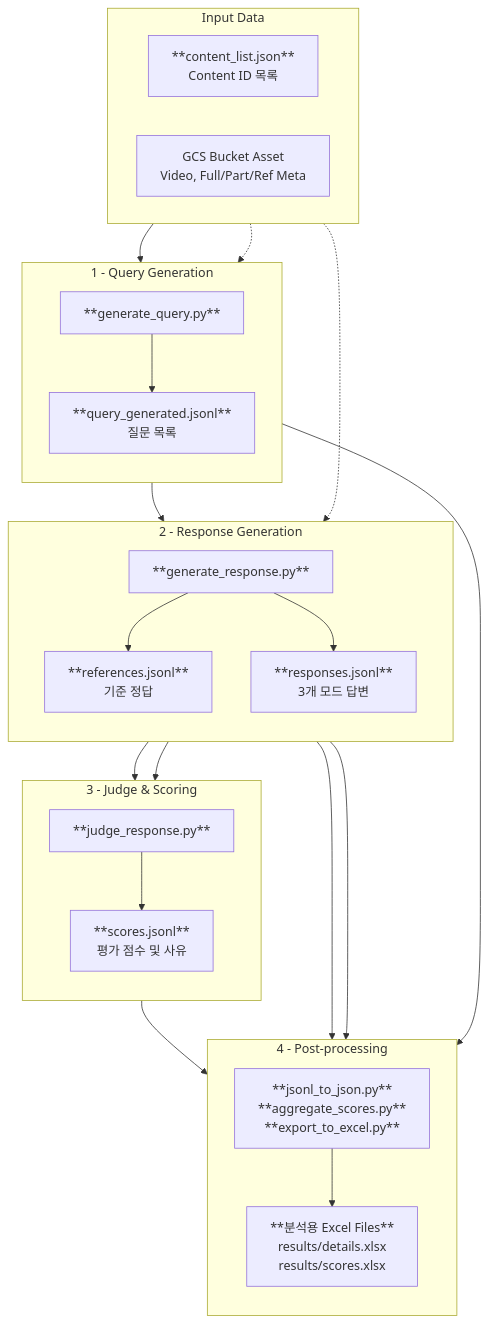
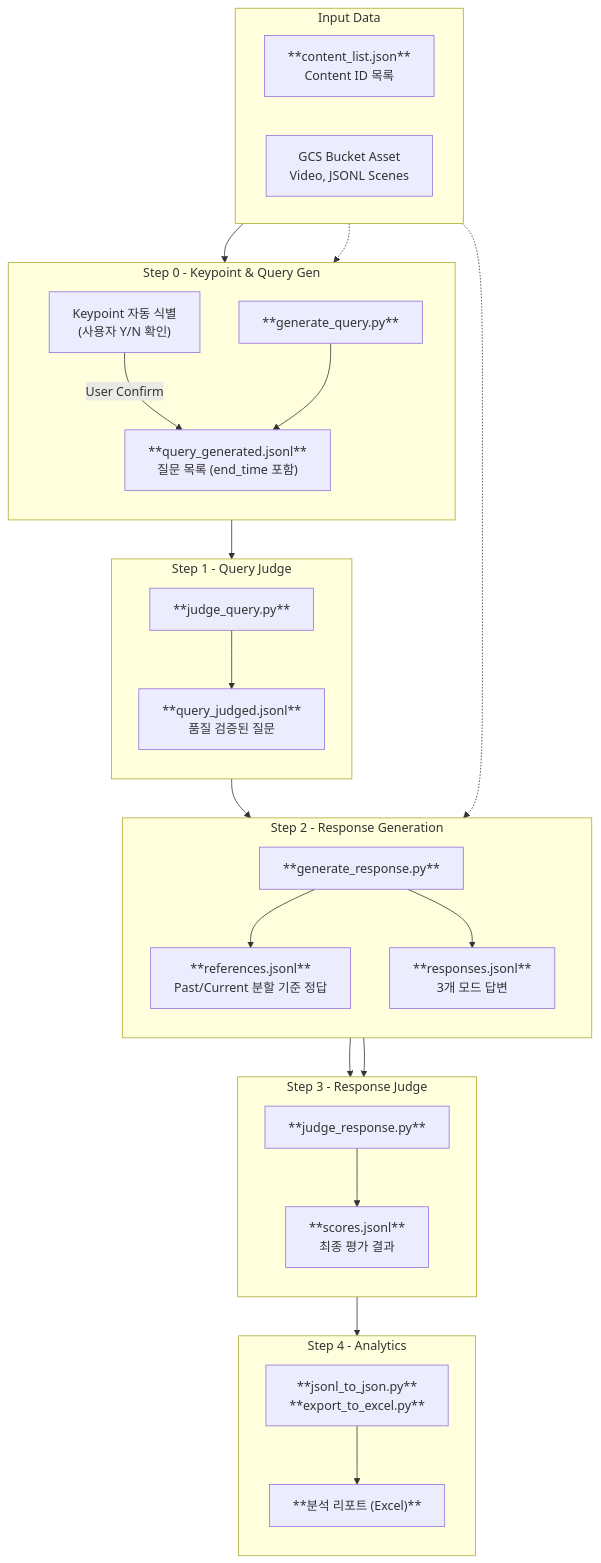
Before and after one commit to obeychoi0120/LLMJudge: the diagram in README.md, drawn with Mermaid. The commit also changed other lines of this file and 10 other files, not shown here.

````diff
--- a/README.md
+++ b/README.md
@@ -13,52 +13,60 @@
 ```mermaid
 flowchart TD
     subgraph INPUT["Input Data"]
         direction LR
         CL["**content_list.json**<br/>Content ID 목록"]
-        GCS["GCS Bucket Asset<br/>Video, Full/Part/Ref Meta"]
+        GCS["GCS Bucket Asset<br/>Video, JSONL Scenes"]
     end
 
-    subgraph STEP1["1 - Query Generation"]
+    subgraph STEP0["Step 0 - Keypoint & Query Gen"]
         direction TB
         Q_SCRIPT["**generate_query.py**"]
-        Q_OUT["**query_generated.jsonl**<br/>질문 목록"]
+        KP["Keypoint 자동 식별<br/>(사용자 Y/N 확인)"]
+        Q_OUT["**query_generated.jsonl**<br/>질문 목록 (end_time 포함)"]
+        KP --> |User Confirm| Q_OUT
     end
 
-    subgraph STEP2["2 - Response Generation"]
+    subgraph STEP1["Step 1 - Query Judge"]
+        direction TB
+        QJ_SCRIPT["**judge_query.py**"]
+        QJ_OUT["**query_judged.jsonl**<br/>품질 검증된 질문"]
+    end
+
+    subgraph STEP2["Step 2 - Response Generation"]
         direction TB
         R_SCRIPT["**generate_response.py**"]
-        R_OUT1["**references.jsonl**<br/>기준 정답"]
+        R_OUT1["**references.jsonl**<br/>Past/Current 분할 기준 정답"]
         R_OUT2["**responses.jsonl**<br/>3개 모드 답변"]
     end
 
-    subgraph STEP3["3 - Judge & Scoring"]
+    subgraph STEP3["Step 3 - Response Judge"]
         direction TB
-        J_SCRIPT["**judge_response.py**"]
-        J_OUT["**scores.jsonl**<br/>평가 점수 및 사유"]
+        RJ_SCRIPT["**judge_response.py**"]
+        RJ_OUT["**scores.jsonl**<br/>최종 평가 결과"]
     end
 
-    subgraph STEP4["4 - Post-processing"]
+    subgraph STEP4["Step 4 - Analytics"]
         direction TB
-        A_SCRIPT["**jsonl_to_json.py**<br/>**aggregate_scores.py**<br/>**export_to_excel.py**"]
-        A_OUT["**분석용 Excel Files**<br/>results/details.xlsx<br/>results/scores.xlsx"]
+        A_SCRIPT["**jsonl_to_json.py**<br/>**export_to_excel.py**"]
+        A_OUT["**분석 리포트 (Excel)**"]
     end
 
     CL --> Q_SCRIPT
     GCS -.-> Q_SCRIPT
     Q_SCRIPT --> Q_OUT
     
-    Q_OUT --> R_SCRIPT
+    Q_OUT --> QJ_SCRIPT
+    QJ_SCRIPT --> QJ_OUT
+    
+    QJ_OUT --> R_SCRIPT
     GCS -.-> R_SCRIPT
     R_SCRIPT --> R_OUT1
     R_SCRIPT --> R_OUT2
     
-    R_OUT1 --> J_SCRIPT
-    R_OUT2 --> J_SCRIPT
-    J_SCRIPT --> J_OUT
+    R_OUT1 --> RJ_SCRIPT
+    R_OUT2 --> RJ_SCRIPT
+    RJ_SCRIPT --> RJ_OUT
     
-    J_OUT --> A_SCRIPT
-    Q_OUT --> A_SCRIPT
-    R_OUT1 --> A_SCRIPT
-    R_OUT2 --> A_SCRIPT
+    RJ_OUT --> A_SCRIPT
     A_SCRIPT --> A_OUT
 ```
````
